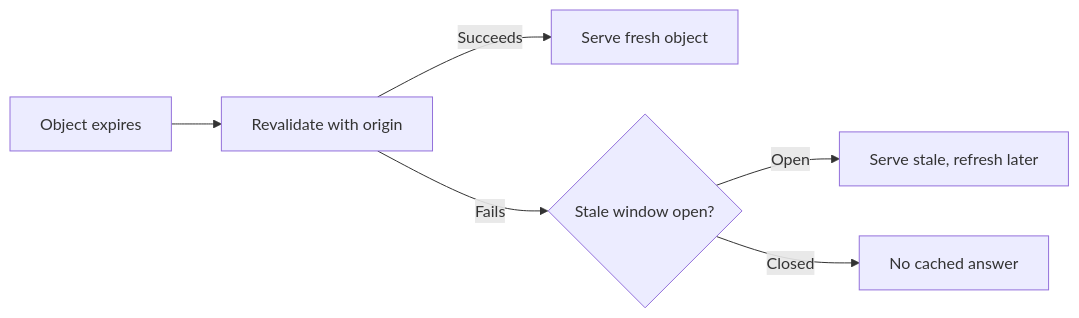
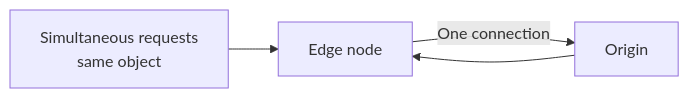
One commit to souzavinny/azion-docs changed the second of 5 diagrams in src/content/docs/en/pages/main-menu/reference/build/edge-application/cache-how-it-works.mdx. Above: the diagram before and after it, drawn with Mermaid. The commit also changed other lines of this file and 18 other files, not shown here.

````diff
--- a/src/content/docs/en/pages/main-menu/reference/build/edge-application/cache-how-it-works.mdx
+++ b/src/content/docs/en/pages/main-menu/reference/build/edge-application/cache-how-it-works.mdx
@@ -99,8 +67,6 @@
 ```mermaid
 flowchart LR
-  A[Object expires] --> B[Revalidate with origin]
-  B -- Succeeds --> C[Serve fresh object]
-  B -- Fails --> D{Stale window open?}
-  D -- Open --> E[Serve stale, refresh later]
-  D -- Closed --> F[No cached answer]
+  A[Simultaneous requests<br/>same object] --> B[Edge node]
+  B -->|One connection| C[Origin]
+  C --> B
 ```
````
